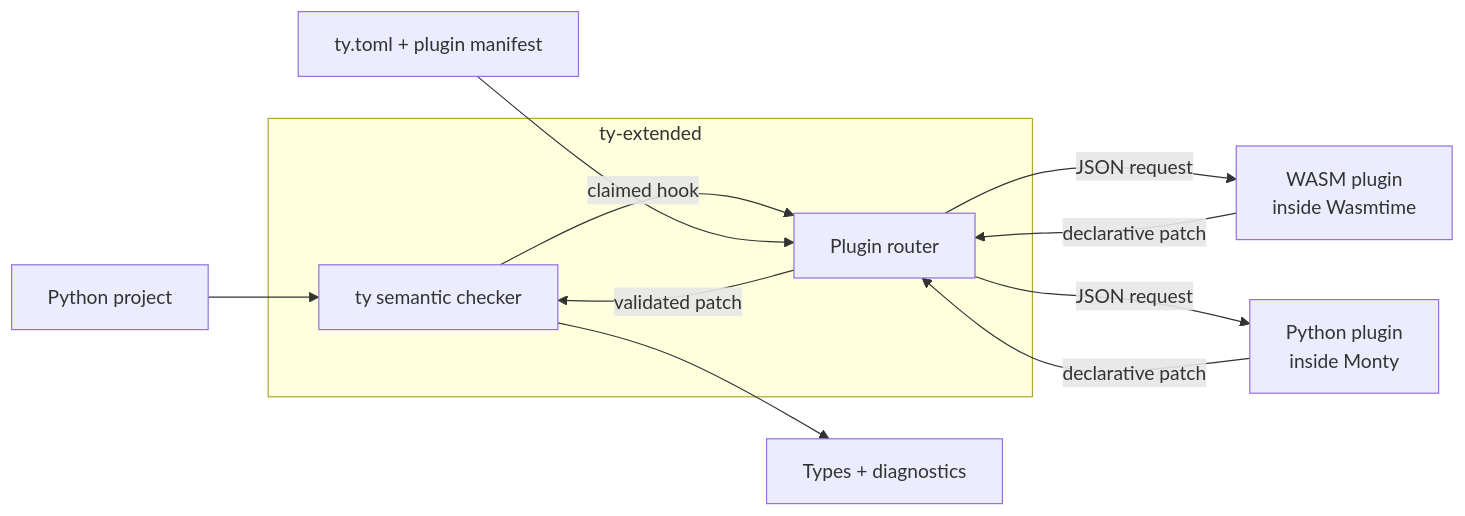
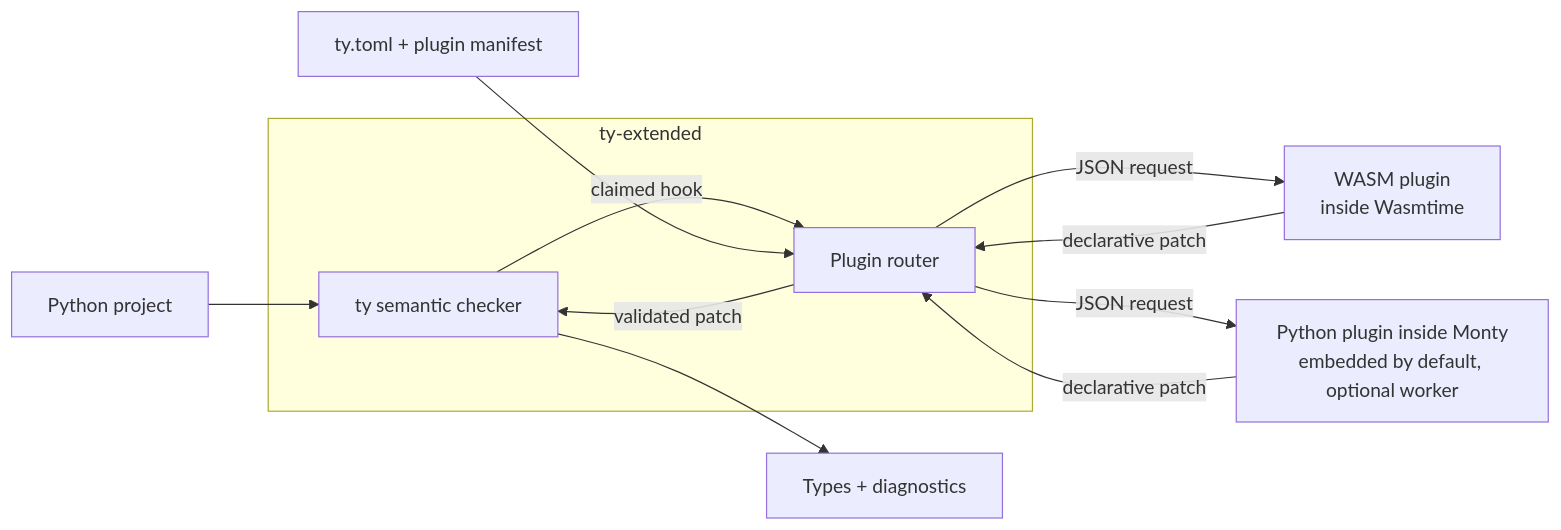
The diagram in README.md (regularkevvv/ty-extended), drawn with Mermaid before and after one commit. The commit also changed other lines of this file and 1 other file, not shown here.

Commit message:
Clarify Wasmtime and Monty plugin documentation

````diff
--- a/README.md
+++ b/README.md
@@ -31,15 +34,15 @@
 ```mermaid
 flowchart LR
     subgraph host["ty-extended"]
         checker["ty semantic checker"] -->|claimed hook| router["Plugin router"]
         router -->|validated patch| checker
     end
 
     project["Python project"] --> checker
     config["ty.toml + plugin manifest"] --> router
     router -->|JSON request| wasm["WASM plugin<br/>inside Wasmtime"]
     wasm -->|declarative patch| router
-    router -->|JSON request| monty["Python plugin<br/>inside Monty"]
+    router -->|JSON request| monty["Python plugin inside Monty<br/>embedded by default, optional worker"]
     monty -->|declarative patch| router
     checker --> output["Types + diagnostics"]
 ```
````
